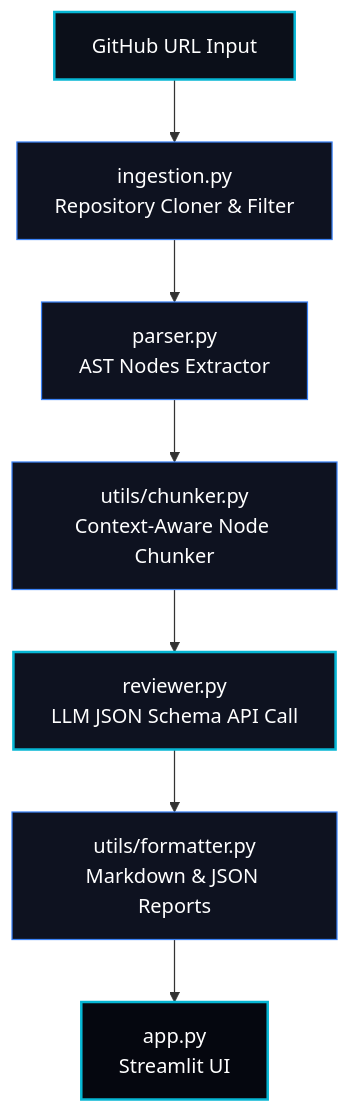
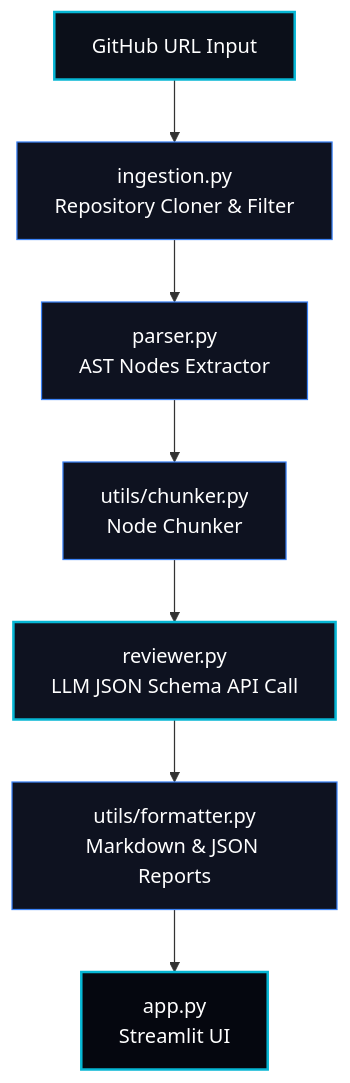
Before and after one commit to nikhilc1910/ai-code-reviewer: the diagram in README.md, drawn with Mermaid. The commit also changed other lines of this file and 17 other files, not shown here.

````diff
--- a/README.md
+++ b/README.md
@@ -61,17 +56,17 @@
 ```mermaid
 graph TD
     URL[GitHub URL Input] --> Ingestion[ingestion.py<br/>Repository Cloner & Filter]
     Ingestion --> AST[parser.py<br/>AST Nodes Extractor]
-    AST --> Chunker[utils/chunker.py<br/>Context-Aware Node Chunker]
+    AST --> Chunker[utils/chunker.py<br/>Node Chunker]
     Chunker --> Reviewer[reviewer.py<br/>LLM JSON Schema API Call]
     Reviewer --> Formatter[utils/formatter.py<br/>Markdown & JSON Reports]
     Formatter --> UI[app.py<br/>Streamlit UI]
     
     style URL fill:#0b0f19,stroke:#06b6d4,stroke-width:2px,color:#fff
     style Ingestion fill:#0e1220,stroke:#3b82f6,stroke-width:1px,color:#fff
     style AST fill:#0e1220,stroke:#3b82f6,stroke-width:1px,color:#fff
     style Chunker fill:#0e1220,stroke:#3b82f6,stroke-width:1px,color:#fff
     style Reviewer fill:#0e1220,stroke:#06b6d4,stroke-width:2px,color:#fff
     style Formatter fill:#0e1220,stroke:#3b82f6,stroke-width:1px,color:#fff
     style UI fill:#05070f,stroke:#06b6d4,stroke-width:2px,color:#fff
 ```
````
